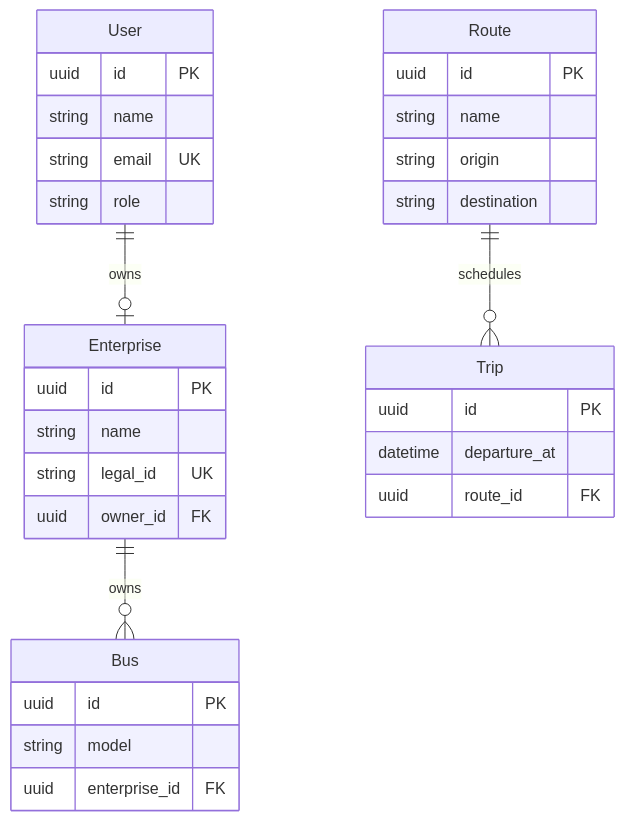
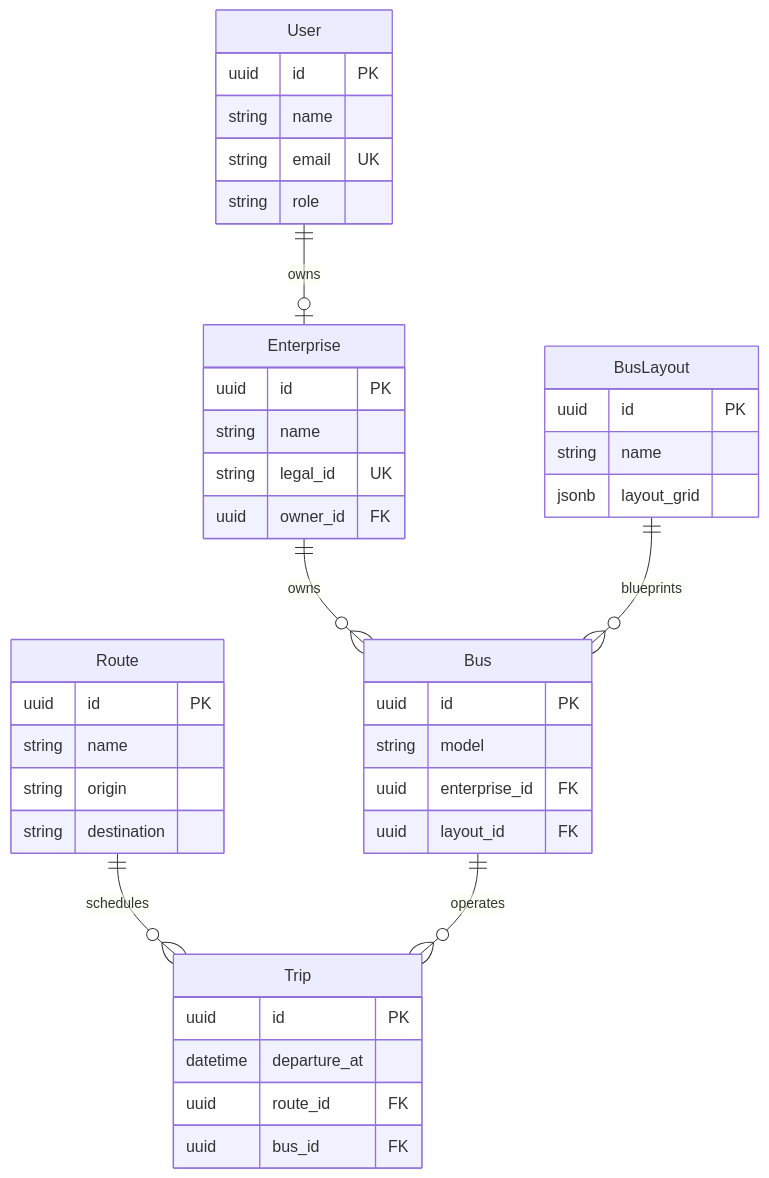
Before and after one commit to Agustin-Perezz/bus-system: the diagram in README.md, drawn with Mermaid. The commit also changed other lines of this file and 2 other files, not shown here.

Commit message:
Document trip bus assignment and refresh README setup steps

````diff
--- a/README.md
+++ b/README.md
@@ -11,35 +12,44 @@
 ```mermaid
 erDiagram
     User ||--o| Enterprise : "owns"
     Enterprise ||--o{ Bus : "owns"
+    BusLayout ||--o{ Bus : "blueprints"
     Route ||--o{ Trip : "schedules"
+    Bus ||--o{ Trip : "operates"
 
     Enterprise {
         uuid id PK
         string name
         string legal_id UK
         uuid owner_id FK
     }
     Route {
         uuid id PK
         string name
         string origin
         string destination
     }
     User {
         uuid id PK
         string name
         string email UK
         string role
     }
+    BusLayout {
+        uuid id PK
+        string name
+        jsonb layout_grid
+    }
     Bus {
         uuid id PK
         string model
         uuid enterprise_id FK
+        uuid layout_id FK
     }
     Trip {
         uuid id PK
         datetime departure_at
         uuid route_id FK
+        uuid bus_id FK
     }
 ```
````
